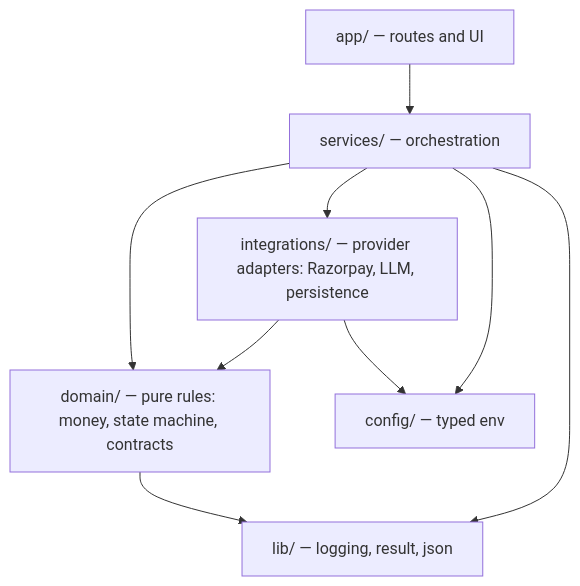
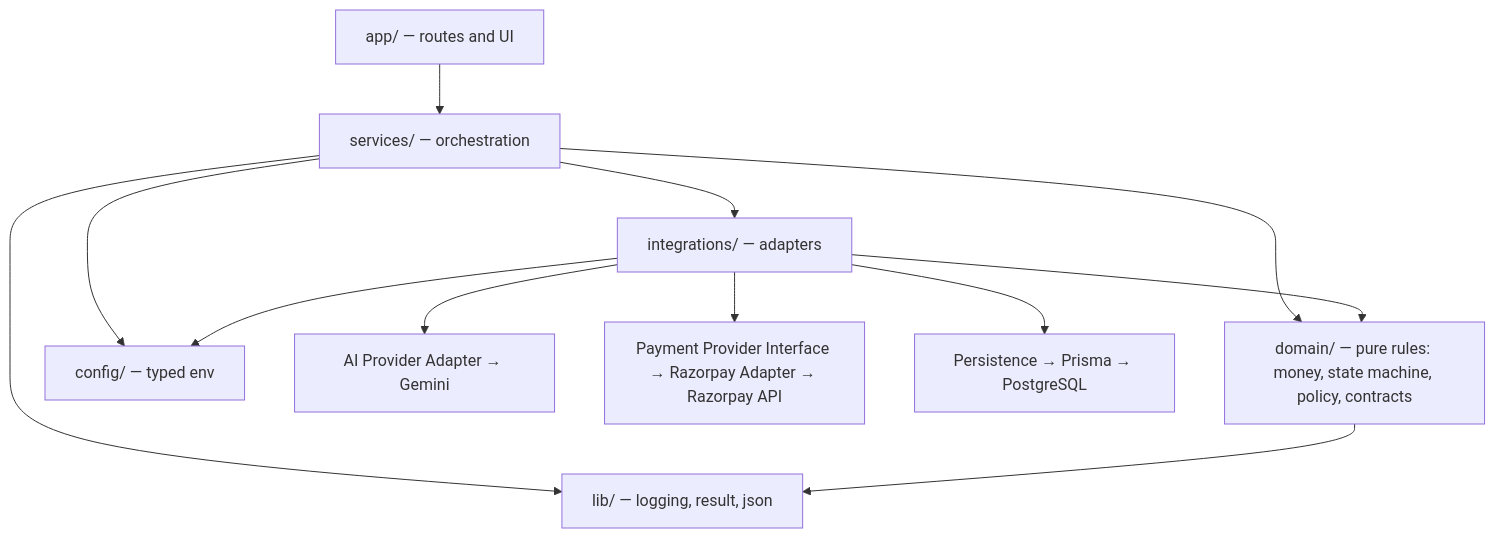
Before and after one commit to TanmaySingh2711/razorpay-agentic-commerce: the diagram in docs/02-architecture.md, drawn with Mermaid. The commit also changed other lines of this file and 134 other files, not shown here.

````diff
--- a/docs/02-architecture.md
+++ b/docs/02-architecture.md
@@ -9,11 +28,14 @@
 ```mermaid
 graph TD
   UI["app/ — routes and UI"] --> SVC["services/ — orchestration"]
-  SVC --> DOM["domain/ — pure rules: money, state machine, contracts"]
-  SVC --> INT["integrations/ — provider adapters: Razorpay, LLM, persistence"]
+  SVC --> DOM["domain/ — pure rules: money, state machine, policy, contracts"]
+  SVC --> INT["integrations/ — adapters"]
   INT --> DOM
   SVC --> CFG["config/ — typed env"]
   INT --> CFG
   SVC --> LIB["lib/ — logging, result, json"]
   DOM --> LIB
+  INT --> AI["AI Provider Adapter → Gemini"]
+  INT --> PAY["Payment Provider Interface → Razorpay Adapter → Razorpay API"]
+  INT --> DB["Persistence → Prisma → PostgreSQL"]
 ```
````
